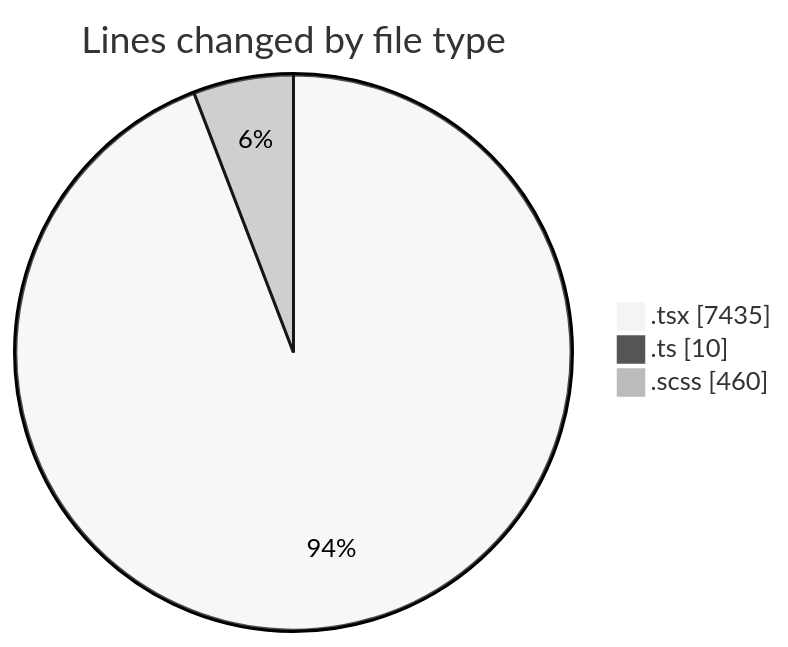
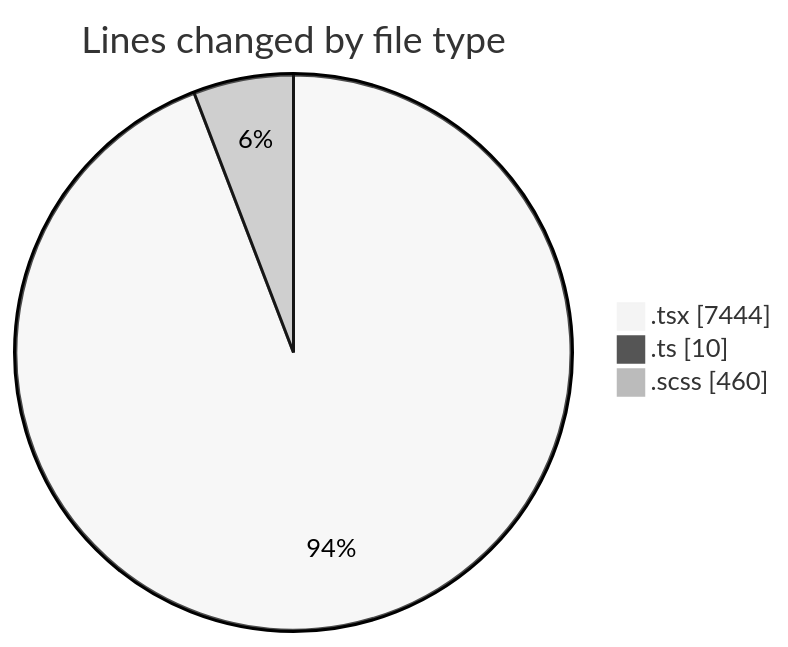
Before and after one commit to momahboobian/code-tracking: the first of 2 diagrams in 2025-11-17/cda/README.md, drawn with Mermaid (neutral theme). The commit also changed other lines of this file and 1 other file, not shown here.

````diff
--- a/2025-11-17/cda/README.md
+++ b/2025-11-17/cda/README.md
@@ -32,7 +32,7 @@
 ```mermaid
 pie showData
 title Lines changed by file type
-".tsx" : 7435
+".tsx" : 7444
 ".ts" : 10
 ".scss" : 460
 ```
````
